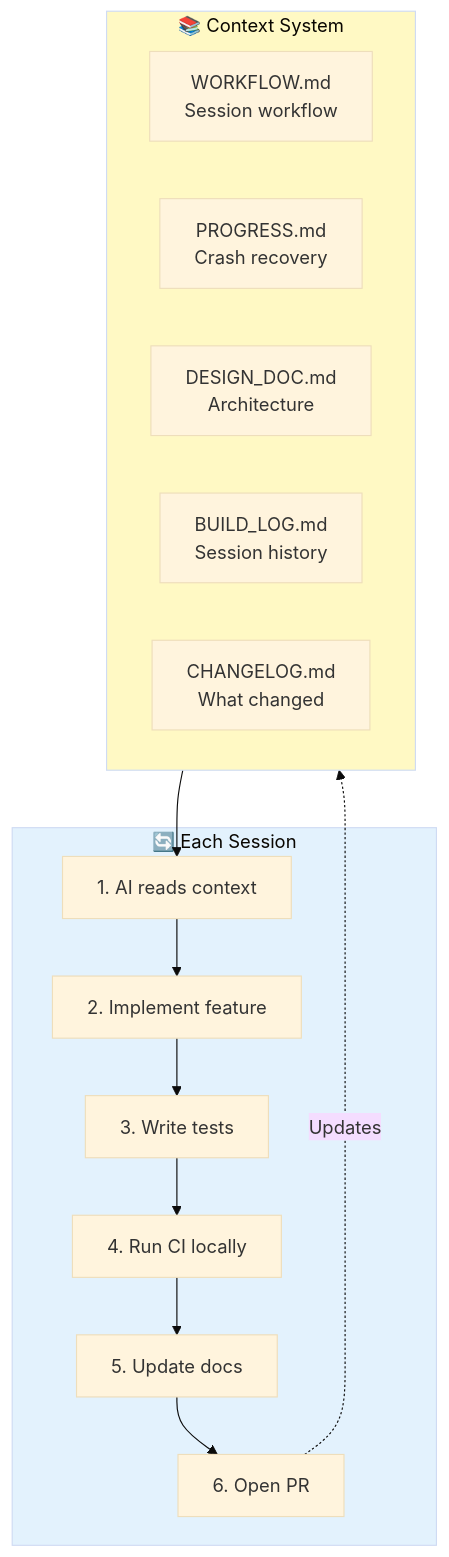
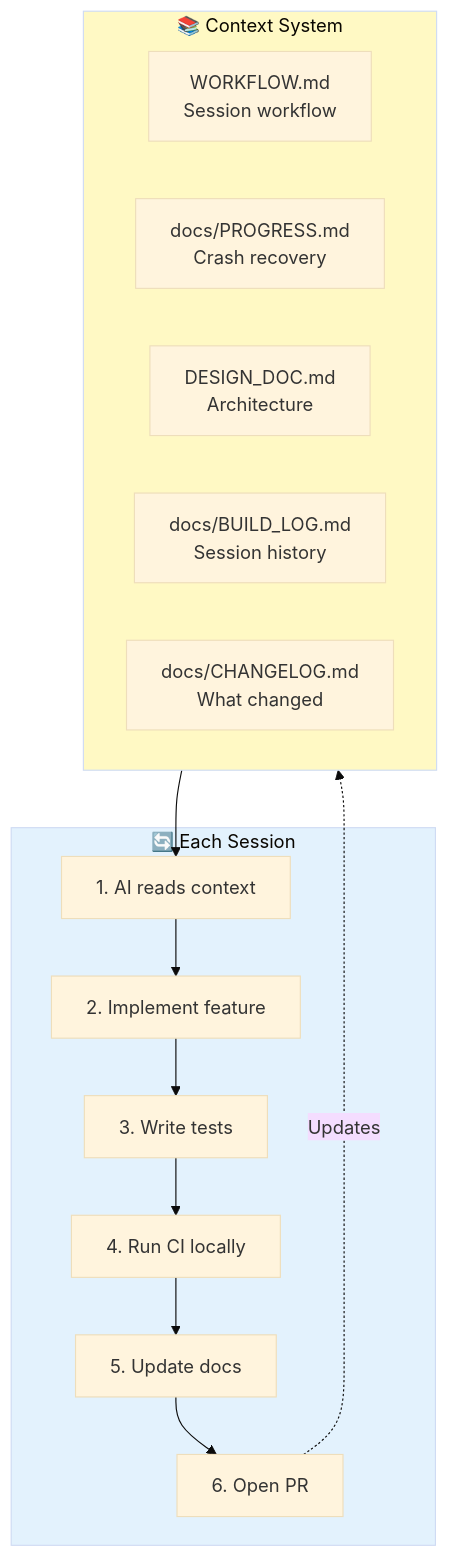
The fourth of 4 diagrams in README.md (adhyarth/PraxiAlpha), drawn with Mermaid (base theme) before and after one commit. The commit also changed other lines of this file, not shown here.

Commit message:
docs: address PR review comments - fix metric label and file paths

````diff
--- a/README.md
+++ b/README.md
@@ -194,26 +194,26 @@
 ```mermaid
 flowchart TB
     subgraph Context["📚 Context System"]
         WF[WORKFLOW.md<br/>Session workflow]
-        PROG[PROGRESS.md<br/>Crash recovery]
+        PROG[docs/PROGRESS.md<br/>Crash recovery]
         DESIGN[DESIGN_DOC.md<br/>Architecture]
-        BUILD[BUILD_LOG.md<br/>Session history]
-        CHANGE[CHANGELOG.md<br/>What changed]
+        BUILD[docs/BUILD_LOG.md<br/>Session history]
+        CHANGE[docs/CHANGELOG.md<br/>What changed]
     end
     
     subgraph Process["🔄 Each Session"]
         READ[1. AI reads context]
         CODE[2. Implement feature]
         TEST[3. Write tests]
         CI[4. Run CI locally]
         DOC[5. Update docs]
         PR[6. Open PR]
     end
     
     Context --> READ
     READ --> CODE --> TEST --> CI --> DOC --> PR
     PR -.->|"Updates"| Context
     
     style Context fill:#fff9c4
     style Process fill:#e3f2fd
 ```
````
